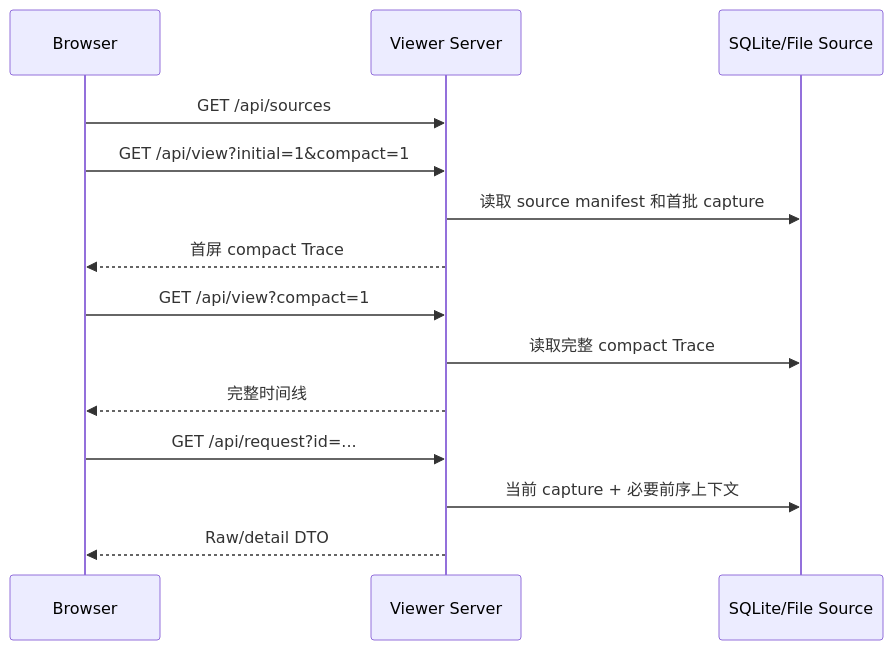
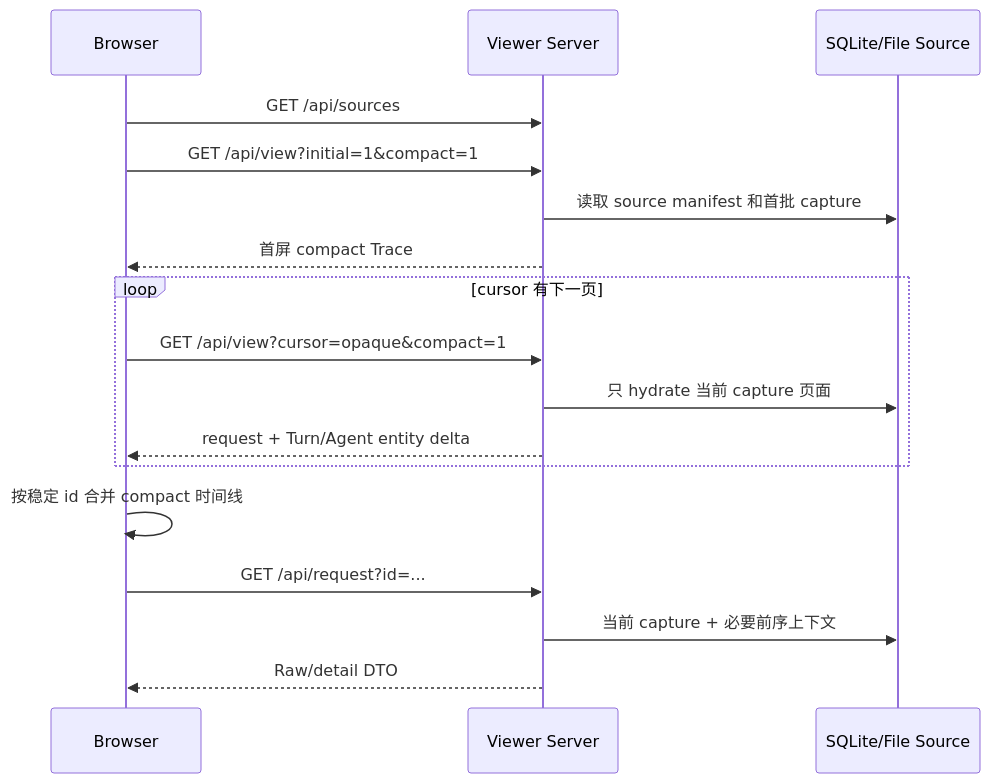
One commit to fengjikui/peekMyAgent changed the second of 2 diagrams in docs/architecture.md. Above: the diagram before and after it, drawn with Mermaid. The commit also changed other lines of this file and 31 other files, not shown here.

Commit message:
Scale large Trace loading with cursor deltas

````diff
--- a/docs/architecture.md
+++ b/docs/architecture.md
@@ -166,16 +169,19 @@
 ```mermaid
 sequenceDiagram
     participant UI as Browser
     participant API as Viewer Server
     participant Store as SQLite/File Source
     UI->>API: GET /api/sources
     UI->>API: GET /api/view?initial=1&compact=1
     API->>Store: 读取 source manifest 和首批 capture
     API-->>UI: 首屏 compact Trace
-    UI->>API: GET /api/view?compact=1
-    API->>Store: 读取完整 compact Trace
-    API-->>UI: 完整时间线
+    loop cursor 有下一页
+        UI->>API: GET /api/view?cursor=opaque&compact=1
+        API->>Store: 只 hydrate 当前 capture 页面
+        API-->>UI: request + Turn/Agent entity delta
+    end
+    UI->>UI: 按稳定 id 合并 compact 时间线
     UI->>API: GET /api/request?id=...
     API->>Store: 当前 capture + 必要前序上下文
     API-->>UI: Raw/detail DTO
 ```
````
